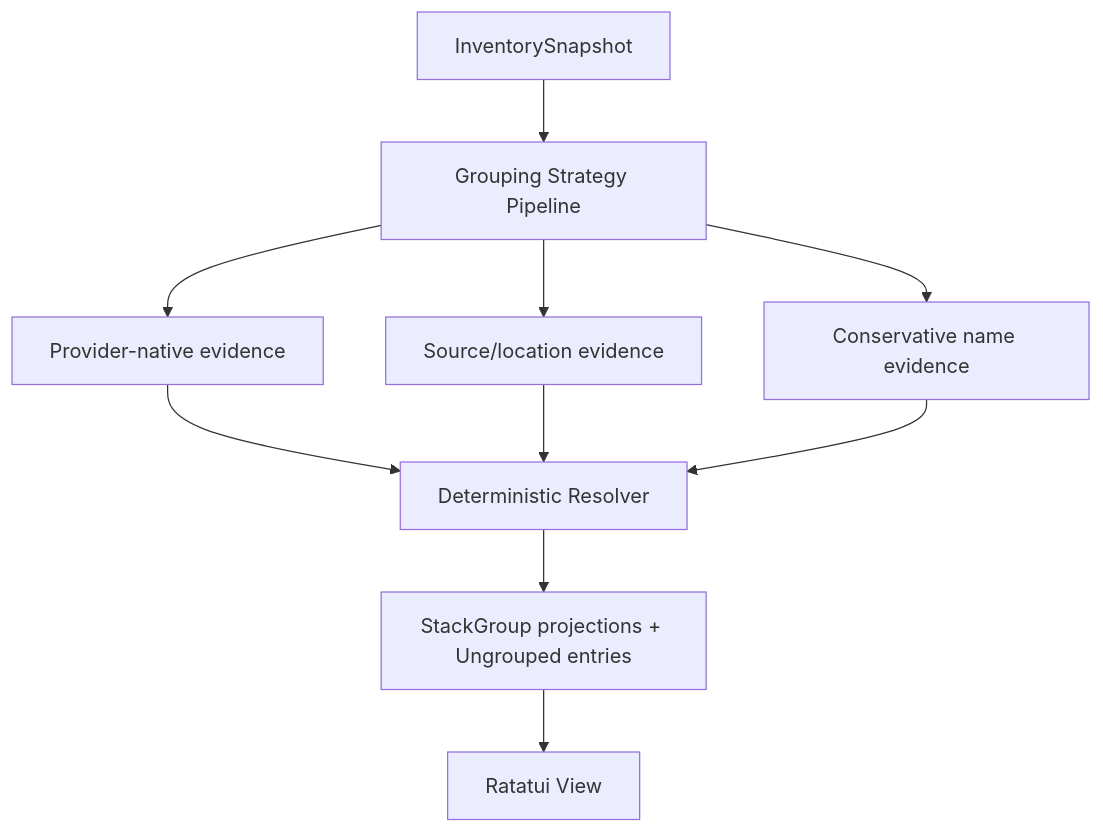
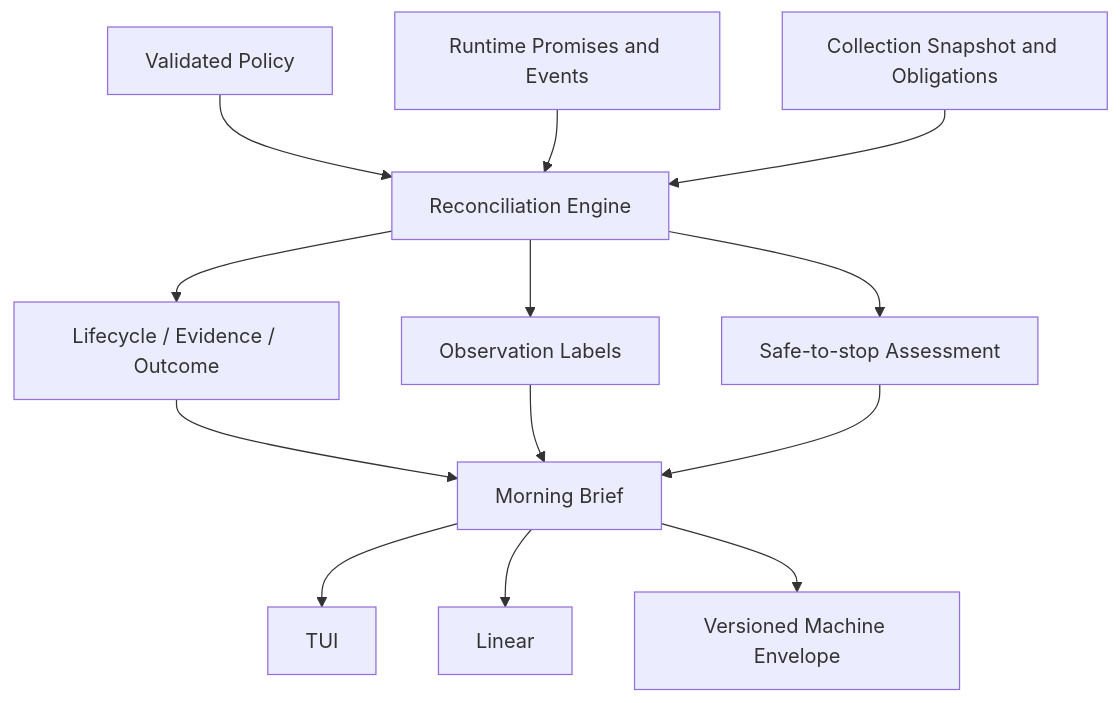
One commit to delorenj/srvls changed the second of 2 diagrams in _bmad-output/planning-artifacts/architecture/architecture-srvls-2026-07-14/ARCHITECTURE-SPINE.md. Above: the diagram before and after it, drawn with Mermaid. The commit also changed other lines of this file and 2 other files, not shown here.

Commit message:
docs(architecture): reconcile canonical product contracts

````diff
--- a/_bmad-output/planning-artifacts/architecture/architecture-srvls-2026-07-14/ARCHITECTURE-SPINE.md
+++ b/_bmad-output/planning-artifacts/architecture/architecture-srvls-2026-07-14/ARCHITECTURE-SPINE.md
@@ -203,12 +663,15 @@
 ```mermaid
 flowchart TD
-  SNAP[InventorySnapshot] --> GROUP[Grouping Strategy Pipeline]
-  GROUP --> EXPLICIT[Provider-native evidence]
-  GROUP --> SOURCE[Source/location evidence]
-  GROUP --> NAME[Conservative name evidence]
-  EXPLICIT --> RESOLVE[Deterministic Resolver]
-  SOURCE --> RESOLVE
-  NAME --> RESOLVE
-  RESOLVE --> VIEW[StackGroup projections + Ungrouped entries]
-  VIEW --> TUI[Ratatui View]
+  POLICY[Validated Policy] --> RECON[Reconciliation Engine]
+  PROMISES[Runtime Promises and Events] --> RECON
+  SNAP[Collection Snapshot and Obligations] --> RECON
+  RECON --> AXES[Lifecycle / Evidence / Outcome]
+  RECON --> LABELS[Observation Labels]
+  RECON --> SAFETY[Safe-to-stop Assessment]
+  AXES --> BRIEF[Morning Brief]
+  LABELS --> BRIEF
+  SAFETY --> BRIEF
+  BRIEF --> TUI[TUI]
+  BRIEF --> LINEAR[Linear]
+  BRIEF --> MACHINE[Versioned Machine Envelope]
 ```
````
